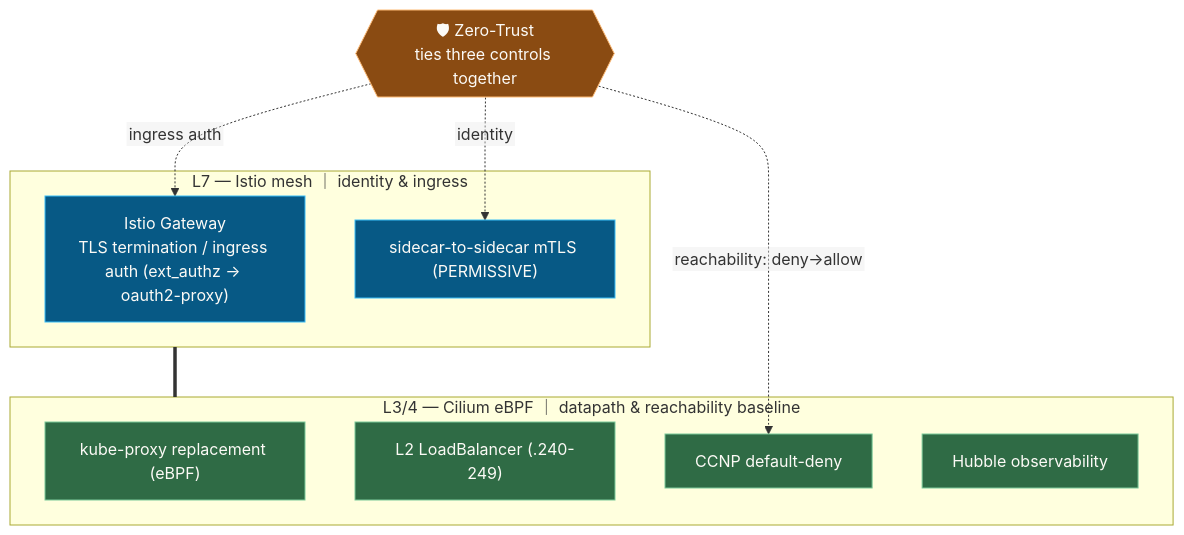
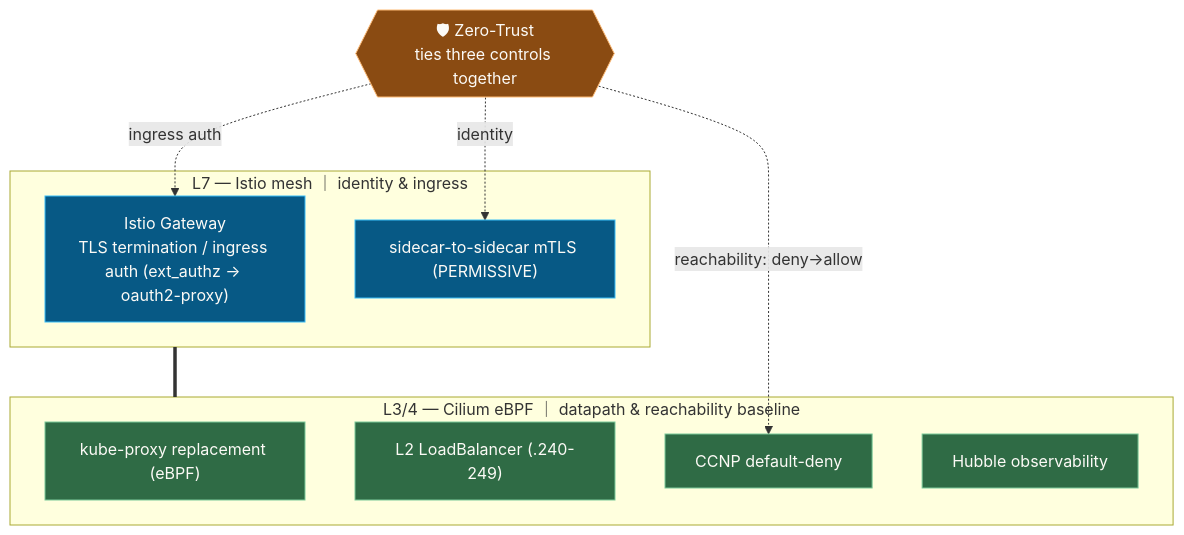
One commit to yu-min3/kensan-lab changed the first of 3 diagrams in kubernetes/network/README.md. Above: the diagram before and after it, drawn with Mermaid. The commit also changed other lines of this file and 1 other file, not shown here.

Commit message:
docs: Network図の関係ラベルを矢印に戻す

````diff
--- a/kubernetes/network/README.md
+++ b/kubernetes/network/README.md
@@ -24,28 +24,28 @@
 ```mermaid
-%%{init: {"flowchart": {"htmlLabels": false}} }%%
+%%{init: {"flowchart": {"htmlLabels": true}} }%%
 flowchart TB
     subgraph ISTIO["L7 — Istio mesh ｜ identity & ingress"]
         GW["Istio Gateway<br/>TLS termination / ingress auth (ext_authz → oauth2-proxy)"]
         MTLS["sidecar-to-sidecar mTLS (PERMISSIVE)"]
     end
     subgraph CILIUM["L3/4 — Cilium eBPF ｜ datapath & reachability baseline"]
         KP["kube-proxy replacement (eBPF)"]
         LB["L2 LoadBalancer (.240-249)"]
         CCNP["CCNP default-deny"]
         HUB["Hubble observability"]
     end
     ISTIO === CILIUM
 
     ZT{{"🛡 Zero-Trust<br/>ties three controls together"}}
     ZT -.->|ingress auth| GW
     ZT -.->|identity| MTLS
     ZT -.->|reachability: deny→allow| CCNP
 
     classDef default fill:#26221D,stroke:#4A4232,color:#FCFAF6
     classDef l7 fill:#075985,stroke:#38BDF8,color:#FCFAF6
     classDef l34 fill:#2F6B45,stroke:#7AC99A,color:#FCFAF6
     classDef zt fill:#8A4B12,stroke:#FDBA74,color:#FCFAF6
     class GW,MTLS l7
     class KP,LB,CCNP,HUB l34
     class ZT zt
 ```
````
